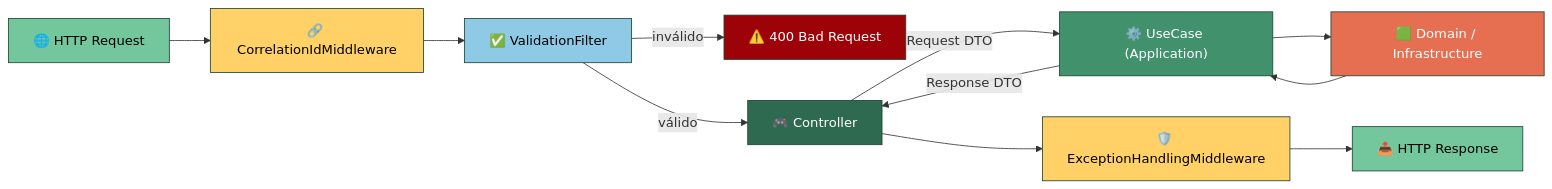
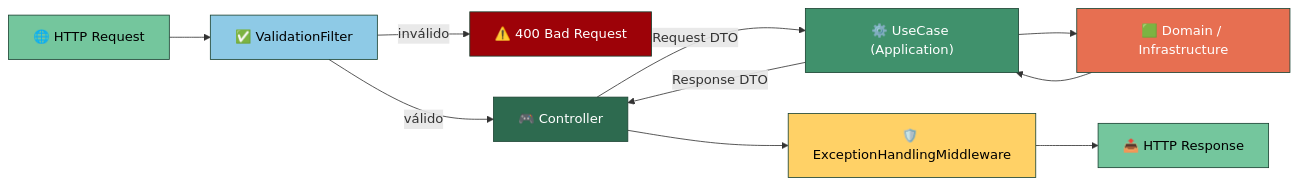
Before and after one commit to jhoncalleflores1035/precotex-backend-arquitectura: the second of 2 diagrams in PrecotexProyecto/src/Precotex.Proyecto.Api/README.md, drawn with Mermaid. The commit also changed other lines of this file and 1 other file, not shown here.

````diff
--- a/PrecotexProyecto/src/Precotex.Proyecto.Api/README.md
+++ b/PrecotexProyecto/src/Precotex.Proyecto.Api/README.md
@@ -46,23 +44,21 @@
 ```mermaid
 flowchart LR
-    A["🌐 HTTP Request"] --> B["🔗 CorrelationIdMiddleware"]
-    B --> C["✅ ValidationFilter"]
+    A["🌐 HTTP Request"] --> C["✅ ValidationFilter"]
     C -->|inválido| X["⚠️ 400 Bad Request"]
     C -->|válido| D["🎮 Controller"]
     D -->|"Request DTO"| E["⚙️ UseCase (Application)"]
     E --> F["🟩 Domain / Infrastructure"]
     F --> E
     E -->|"Response DTO"| D
     D --> G["🛡️ ExceptionHandlingMiddleware"]
     G --> H["📤 HTTP Response"]
 
     style A fill:#74c69d,stroke:#1b4332,color:#000
-    style B fill:#ffd166,stroke:#1b4332,color:#000
     style C fill:#8ecae6,stroke:#1b4332,color:#000
     style X fill:#9d0208,stroke:#1b4332,color:#fff
     style D fill:#2d6a4f,stroke:#1b4332,color:#fff
     style E fill:#40916c,stroke:#1b4332,color:#fff
     style F fill:#e76f51,stroke:#1b4332,color:#fff
     style G fill:#ffd166,stroke:#1b4332,color:#000
     style H fill:#74c69d,stroke:#1b4332,color:#000
 ```
````
